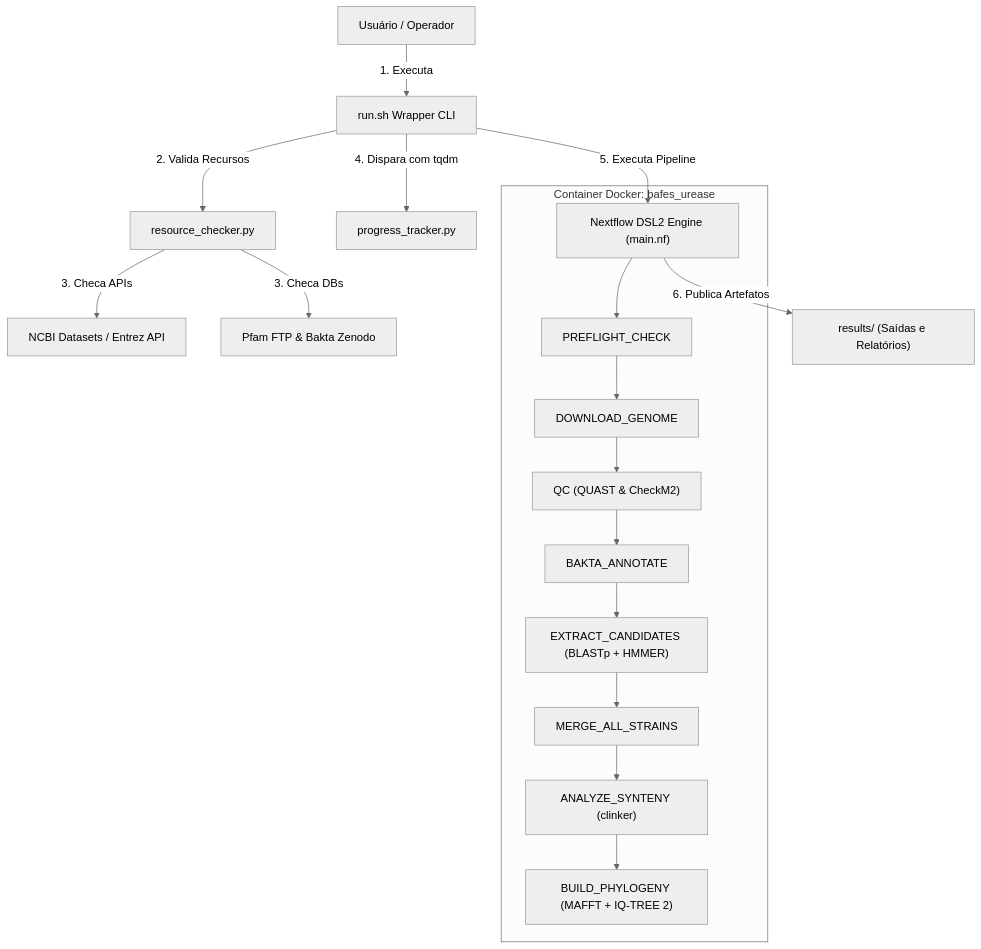
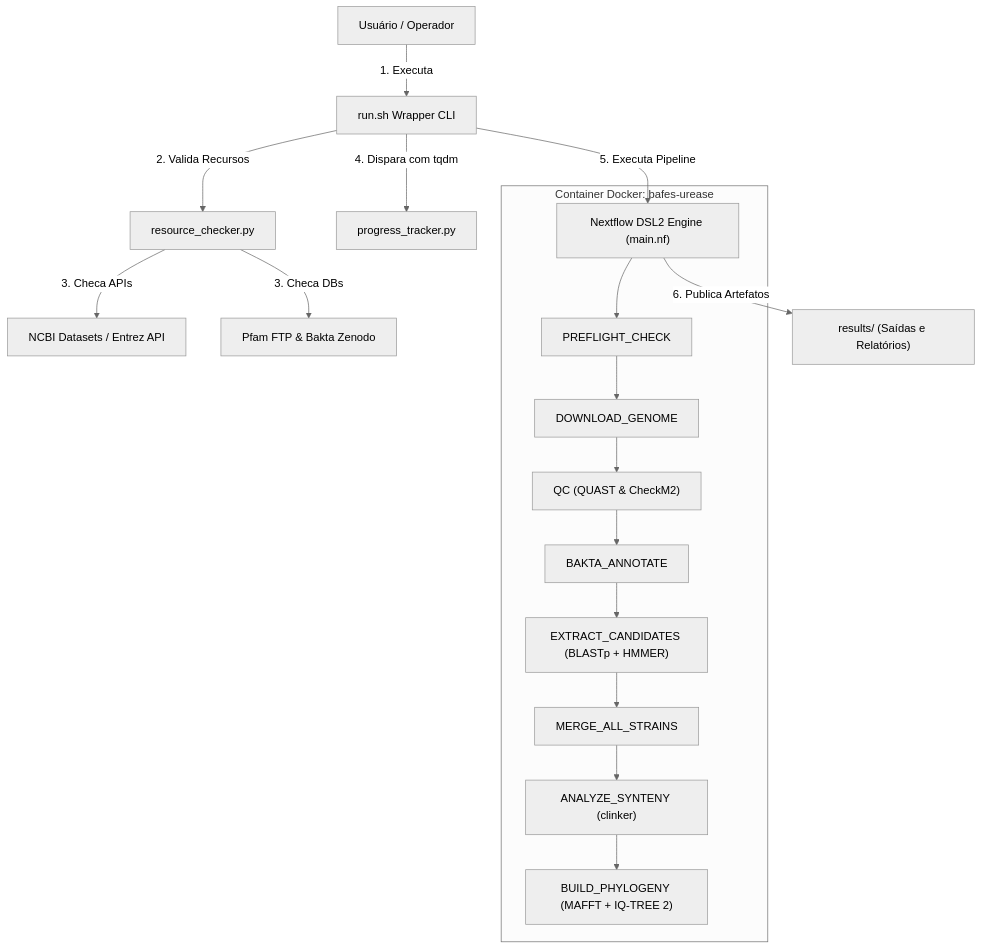
Before and after one commit to waldeyr/bafes-urease: the second of 2 diagrams in README.md, drawn with Mermaid (neutral theme). The commit also changed other lines of this file and 3 other files, not shown here.

````diff
--- a/README.md
+++ b/README.md
@@ -128,23 +128,23 @@
 ```mermaid
 graph TD
     User["Usuário / Operador"] -->|1. Executa| RunWrapper["run.sh Wrapper CLI"]
     RunWrapper -->|2. Valida Recursos| ResourceChecker["resource_checker.py"]
     ResourceChecker -->|3. Checa APIs| NCBI_API["NCBI Datasets / Entrez API"]
     ResourceChecker -->|3. Checa DBs| ExternalDBs["Pfam FTP & Bakta Zenodo"]
     
     RunWrapper -->|4. Dispara com tqdm| ProgressTracker["progress_tracker.py"]
     RunWrapper -->|5. Executa Pipeline| NextflowEngine["Nextflow DSL2 Engine (main.nf)"]
     
-    subgraph Container_bafes_urease ["Container Docker: bafes_urease"]
+    subgraph Container_bafes_urease ["Container Docker: bafes-urease"]
         NextflowEngine --> P0["PREFLIGHT_CHECK"]
         P0 --> P1["DOWNLOAD_GENOME"]
         P1 --> P2["QC (QUAST & CheckM2)"]
         P2 --> P3["BAKTA_ANNOTATE"]
         P3 --> P4["EXTRACT_CANDIDATES (BLASTp + HMMER)"]
         P4 --> P5["MERGE_ALL_STRAINS"]
         P5 --> P6["ANALYZE_SYNTENY (clinker)"]
         P6 --> P7["BUILD_PHYLOGENY (MAFFT + IQ-TREE 2)"]
     end
 
     NextflowEngine -->|6. Publica Artefatos| ResultsFolder["results/ (Saídas e Relatórios)"]
 ```
````
